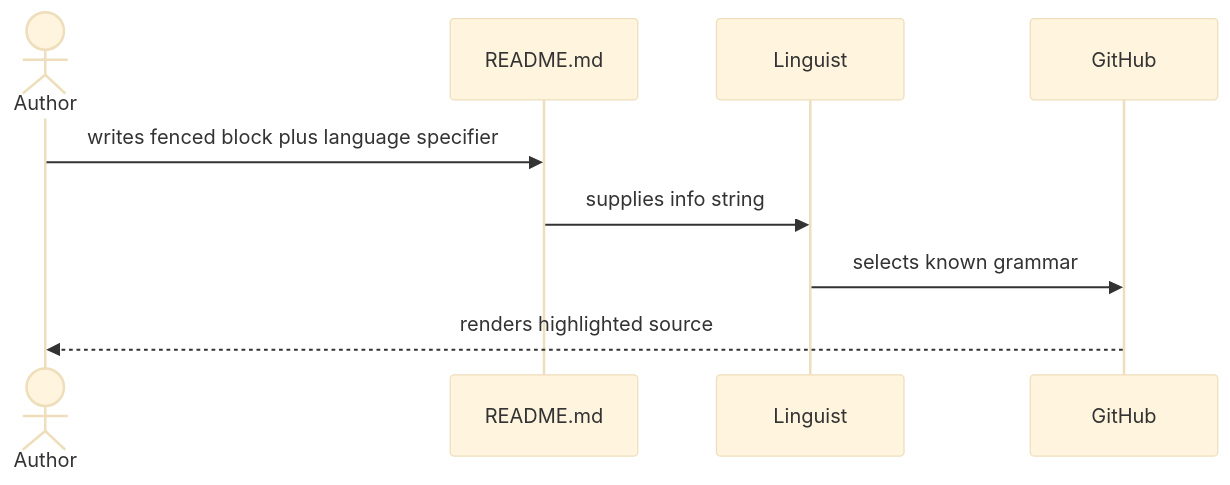
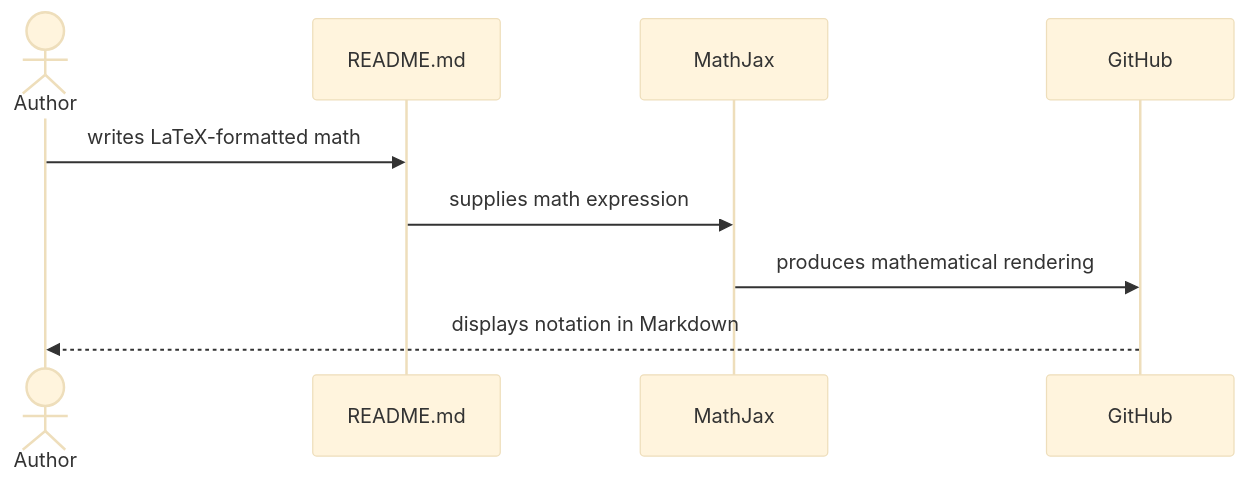
One commit to thiepn/markdown changed the third of 3 diagrams in README.md. Above: the diagram before and after it, drawn with Mermaid (base theme). The commit also changed other lines of this file, not shown here.

Commit message:
docs: build advanced MathJax mathematical showcase

````diff
--- a/README.md
+++ b/README.md
@@ -1105,11 +1363,11 @@
 ```mermaid
 sequenceDiagram
     actor Author
     participant MD as README.md
-    participant L as Linguist
+    participant MJ as MathJax
     participant GH as GitHub
-    Author->>MD: writes fenced block plus language specifier
-    MD->>L: supplies info string
-    L->>GH: selects known grammar
-    GH-->>Author: renders highlighted source
+    Author->>MD: writes LaTeX-formatted math
+    MD->>MJ: supplies math expression
+    MJ->>GH: produces mathematical rendering
+    GH-->>Author: displays notation in Markdown
 ```
````
